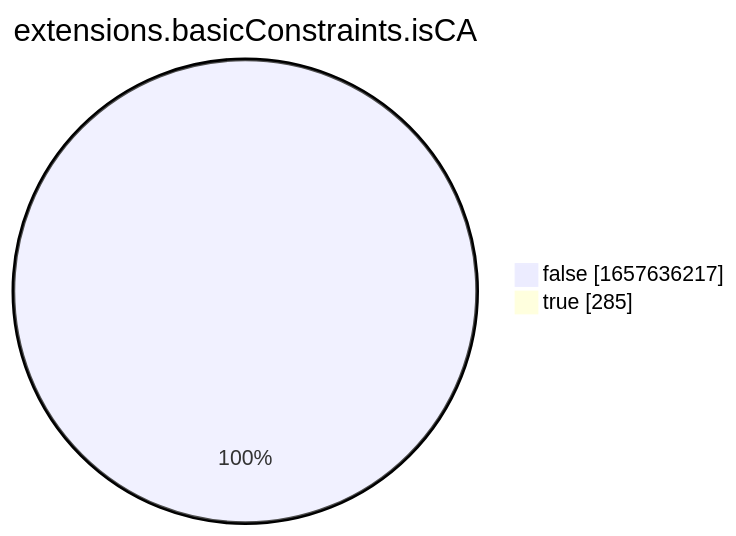
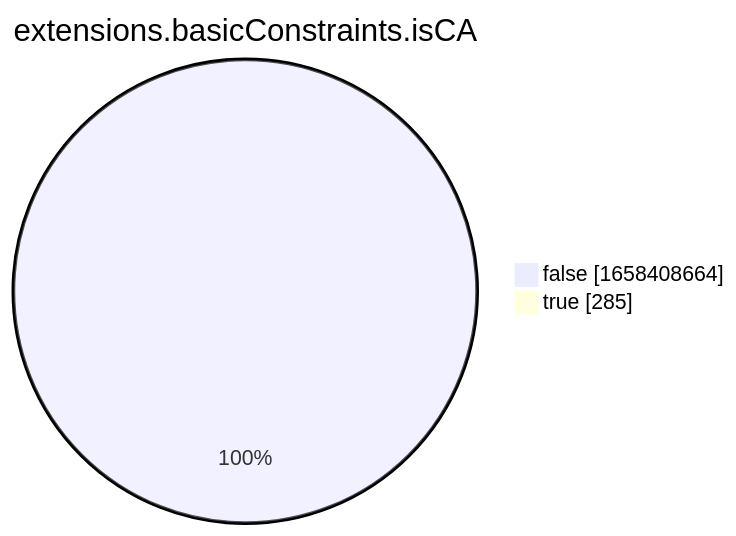
Before and after one commit to christiankrug/ctmonitor_visualization: the eighth of 15 diagrams in xenon2022/README.md, drawn with Mermaid. The commit also changed other lines of this file, not shown here.

````diff
--- a/xenon2022/README.md
+++ b/xenon2022/README.md
@@ -2864,6 +2864,6 @@
 ```mermaid
 pie showData
 title extensions.basicConstraints.isCA
-"false" :1657636217
+"false" :1658408664
 "true" :285
 ```
````
